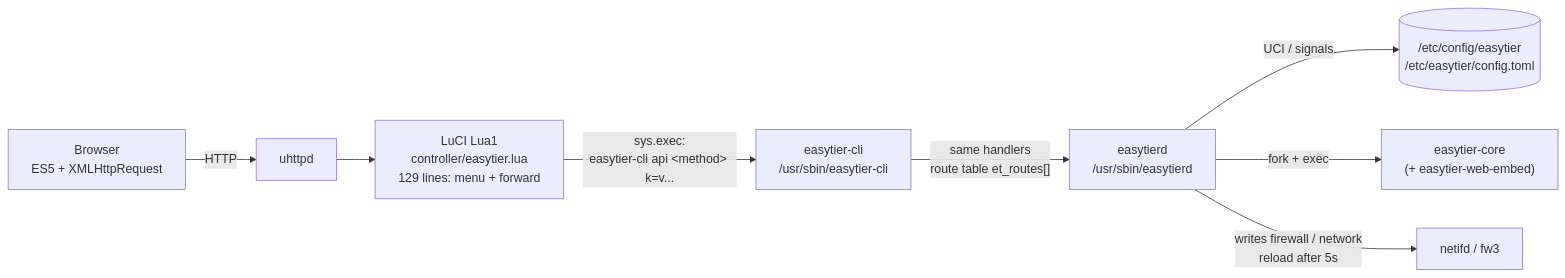
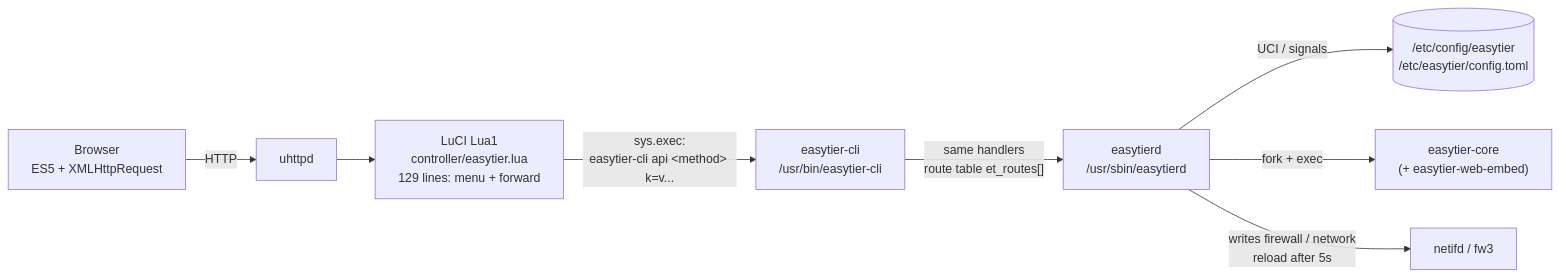
The diagram in README_EN.md (ospfx/luci-app-easytier), drawn with Mermaid before and after one commit. The commit also changed other lines of this file and 12 other files, not shown here.

````diff
--- a/README_EN.md
+++ b/README_EN.md
@@ -39,10 +39,10 @@
 ```mermaid
 flowchart LR
     B["Browser<br/>ES5 + XMLHttpRequest"] -->|HTTP| U["uhttpd"]
     U --> L["LuCI Lua1<br/>controller/easytier.lua<br/>129 lines: menu + forward"]
-    L -->|"sys.exec:<br/>easytier-cli api &lt;method&gt; k=v..."| C["easytier-cli<br/>/usr/sbin/easytier-cli"]
+    L -->|"sys.exec:<br/>easytier-cli api &lt;method&gt; k=v..."| C["easytier-cli<br/>/usr/bin/easytier-cli"]
     C -->|"same handlers<br/>route table et_routes[]"| D["easytierd<br/>/usr/sbin/easytierd"]
     D -->|"UCI / signals"| F[("/etc/config/easytier<br/>/etc/easytier/config.toml")]
     D -->|fork + exec| E["easytier-core<br/>(+ easytier-web-embed)"]
     D -->|"writes firewall / network<br/>reload after 5s"| N["netifd / fw3"]
 ```
````
